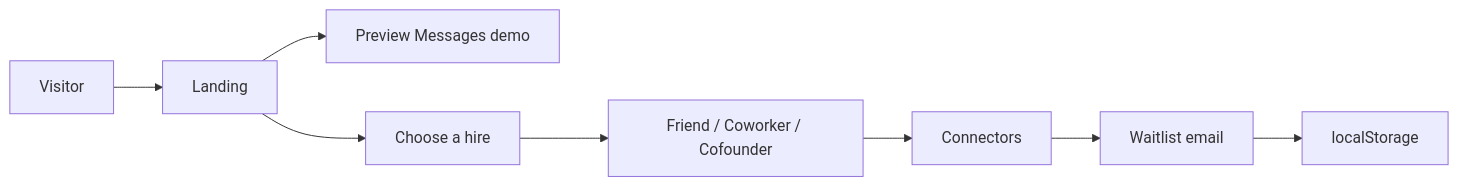
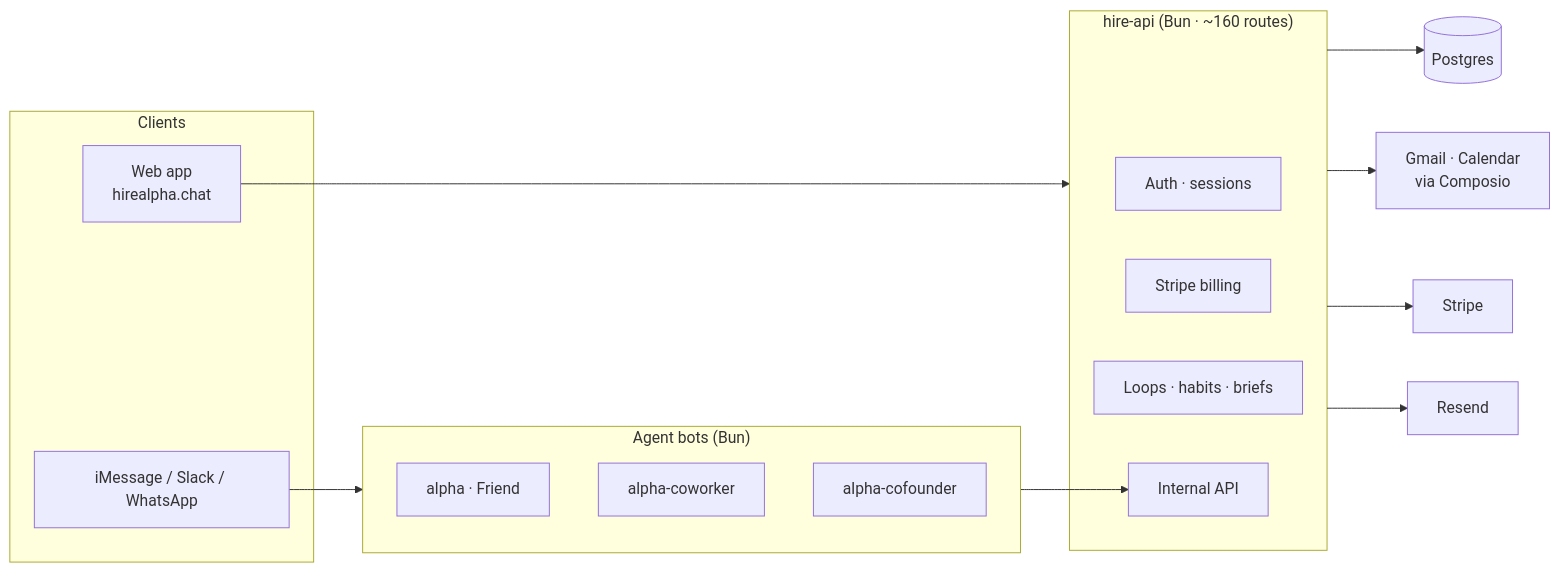
The diagram in README.md (Sashank-Singh/hirealpha), drawn with Mermaid before and after one commit. The commit also changed other lines of this file and 37 other files, not shown here.

````diff
--- a/README.md
+++ b/README.md
@@ -31,10 +17,33 @@
 ```mermaid
 flowchart LR
-  A[Visitor] --> B[Landing]
-  B --> C[Preview Messages demo]
-  B --> D[Choose a hire]
-  D --> E[Friend / Coworker / Cofounder]
-  E --> F[Connectors]
-  F --> G[Waitlist email]
-  G --> H[localStorage]
+  subgraph Clients
+    S[iMessage / Slack / WhatsApp]
+    W[Web app<br/>hirealpha.chat]
+  end
+
+  subgraph Bots["Agent bots (Bun)"]
+    F[alpha · Friend]
+    C[alpha-coworker]
+    CF[alpha-cofounder]
+  end
+
+  subgraph API["hire-api (Bun · ~160 routes)"]
+    AUTH[Auth · sessions]
+    BILL[Stripe billing]
+    LOOP[Loops · habits · briefs]
+    INT[Internal API]
+  end
+
+  DB[(Postgres)]
+  G[Gmail · Calendar<br/>via Composio]
+  ST[Stripe]
+  R[Resend]
+
+  S --> Bots
+  W --> API
+  Bots --> INT
+  API --> DB
+  API --> G
+  API --> ST
+  API --> R
 ```
````
